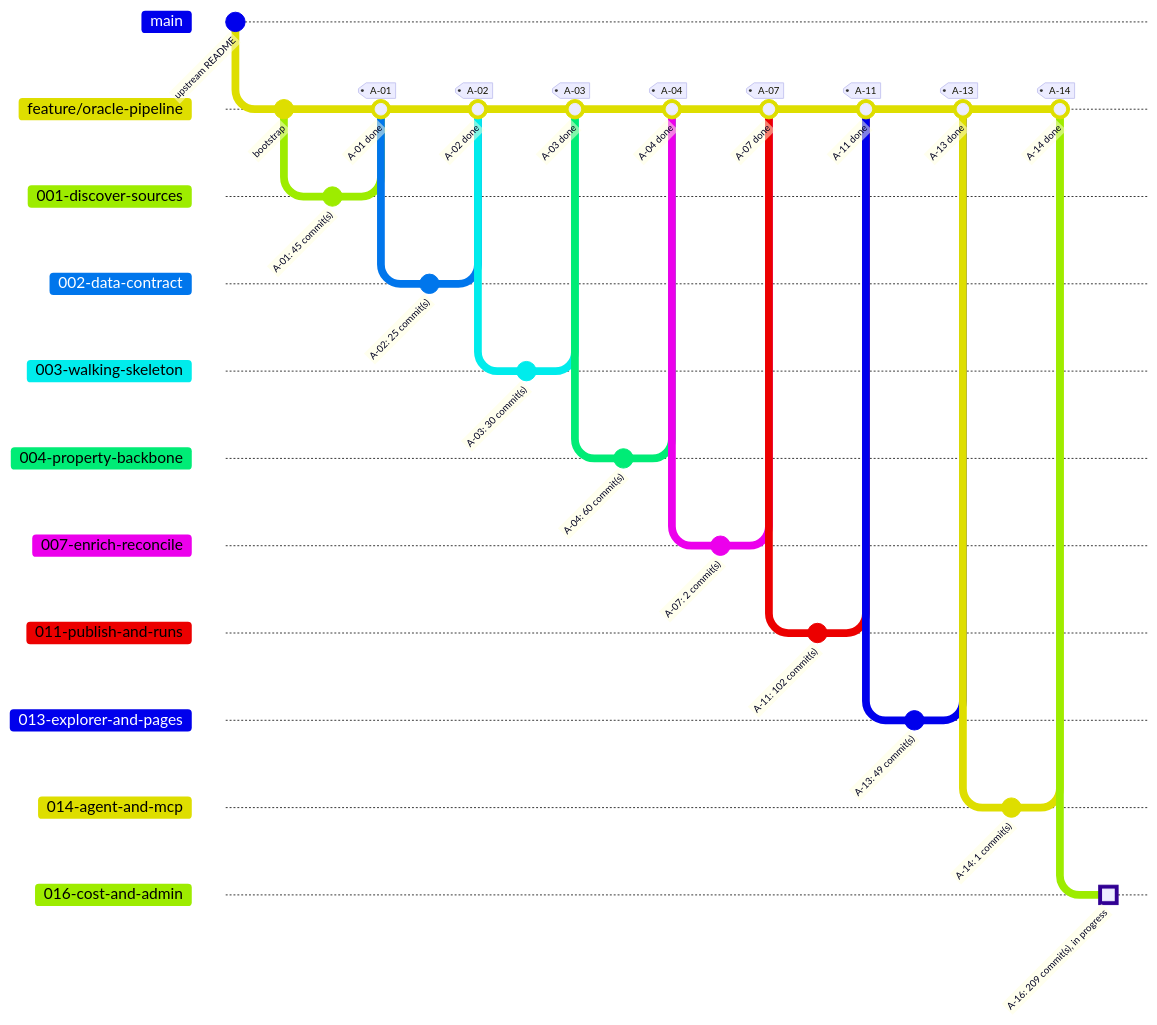
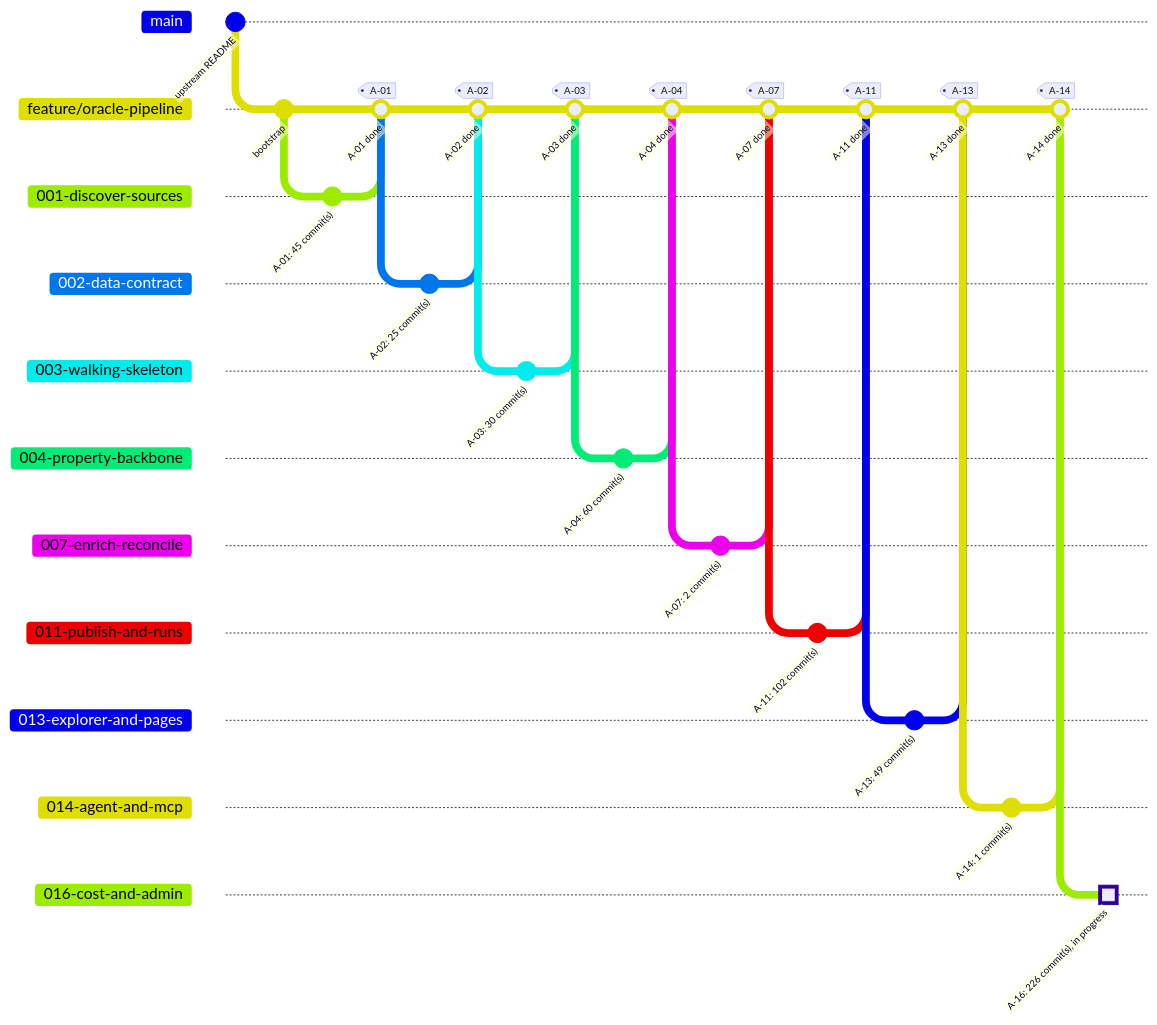
The second of 2 diagrams in docs/progress.md (HebaGaber/oracle-property-intelligence-platform-pipeline-travis-tx), drawn with Mermaid before and after one commit. The commit also changed other lines of this file, not shown here.

Commit message:
A-16: update progress after the AM-10 merge

````diff
--- a/docs/progress.md
+++ b/docs/progress.md
@@ -19,42 +19,42 @@
 ```mermaid
 %%{init: { 'gitGraph': { 'mainBranchName': 'main', 'showCommitLabel': true } } }%%
 gitGraph
   commit id: "upstream README"
   branch "feature/oracle-pipeline"
   commit id: "bootstrap"
   branch "001-discover-sources"
   commit id: "A-01: 45 commit(s)"
   checkout "feature/oracle-pipeline"
   merge "001-discover-sources" id: "A-01 done" tag: "A-01"
   branch "002-data-contract"
   commit id: "A-02: 25 commit(s)"
   checkout "feature/oracle-pipeline"
   merge "002-data-contract" id: "A-02 done" tag: "A-02"
   branch "003-walking-skeleton"
   commit id: "A-03: 30 commit(s)"
   checkout "feature/oracle-pipeline"
   merge "003-walking-skeleton" id: "A-03 done" tag: "A-03"
   branch "004-property-backbone"
   commit id: "A-04: 60 commit(s)"
   checkout "feature/oracle-pipeline"
   merge "004-property-backbone" id: "A-04 done" tag: "A-04"
   branch "007-enrich-reconcile"
   commit id: "A-07: 2 commit(s)"
   checkout "feature/oracle-pipeline"
   merge "007-enrich-reconcile" id: "A-07 done" tag: "A-07"
   branch "011-publish-and-runs"
   commit id: "A-11: 102 commit(s)"
   checkout "feature/oracle-pipeline"
   merge "011-publish-and-runs" id: "A-11 done" tag: "A-11"
   branch "013-explorer-and-pages"
   commit id: "A-13: 49 commit(s)"
   checkout "feature/oracle-pipeline"
   merge "013-explorer-and-pages" id: "A-13 done" tag: "A-13"
   branch "014-agent-and-mcp"
   commit id: "A-14: 1 commit(s)"
   checkout "feature/oracle-pipeline"
   merge "014-agent-and-mcp" id: "A-14 done" tag: "A-14"
   branch "016-cost-and-admin"
-  commit id: "A-16: 209 commit(s), in progress" type: HIGHLIGHT
+  commit id: "A-16: 226 commit(s), in progress" type: HIGHLIGHT
   checkout "feature/oracle-pipeline"
 ```
````
